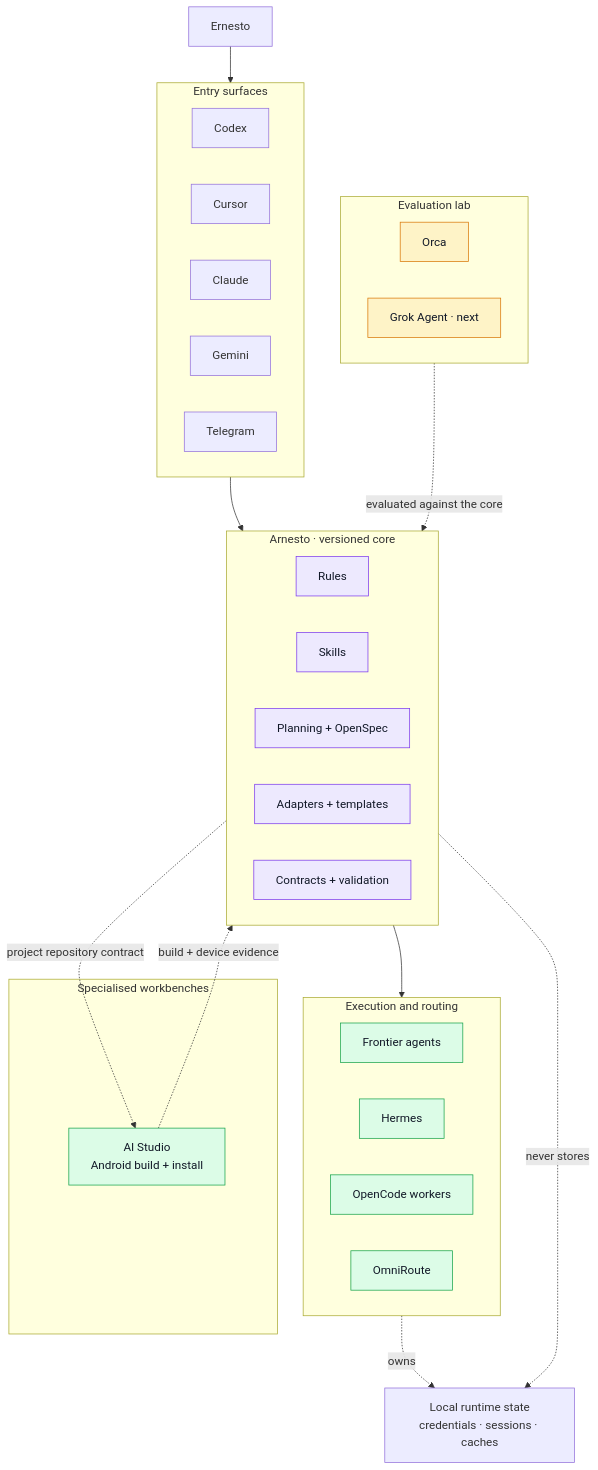
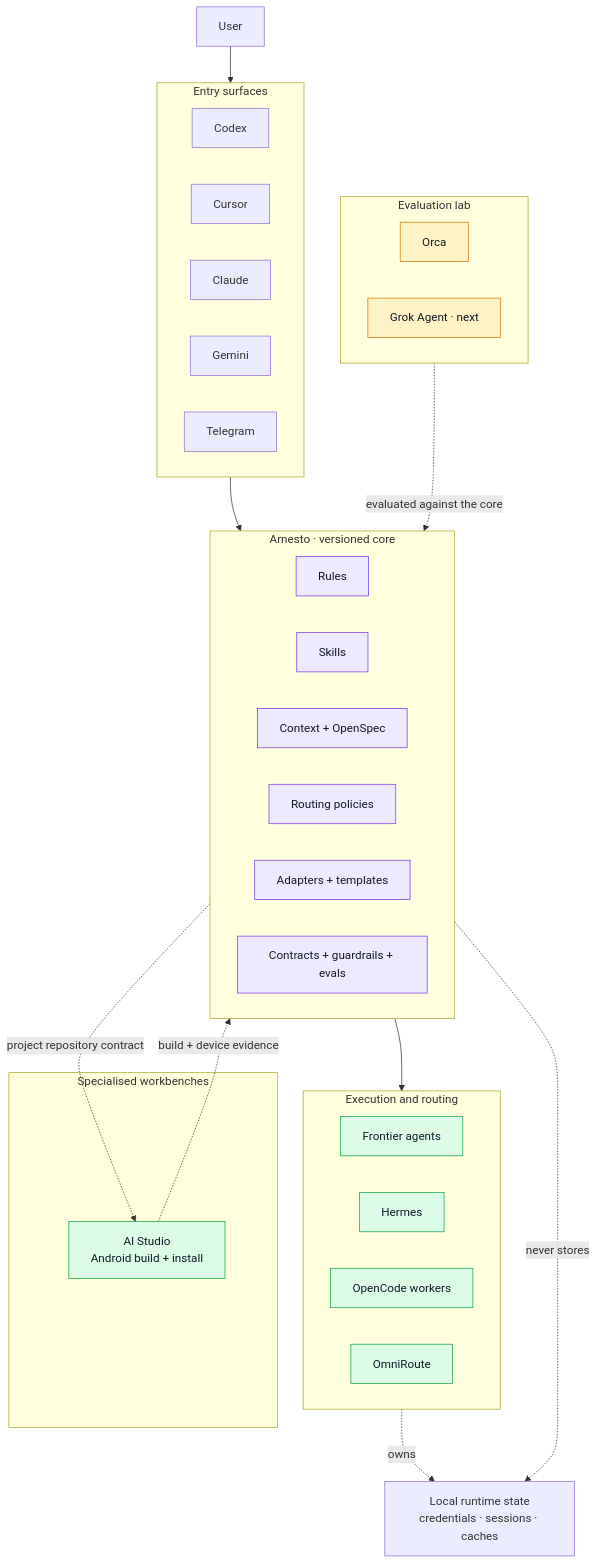
Before and after one commit to saski/arnesto: the second of 2 diagrams in README.md, drawn with Mermaid. The commit also changed other lines of this file and 3 other files, not shown here.

````diff
--- a/README.md
+++ b/README.md
@@ -64,54 +87,55 @@
 ```mermaid
 flowchart TB
-    human["Ernesto"]
+    human["User"]
 
     subgraph surfaces["Entry surfaces"]
         codexApp["Codex"]
         cursor["Cursor"]
         claude["Claude"]
         gemini["Gemini"]
         telegram["Telegram"]
     end
 
     subgraph arnesto["Arnesto · versioned core"]
         rules["Rules"]
         skills["Skills"]
-        planning["Planning + OpenSpec"]
+        planning["Context + OpenSpec"]
+        policies["Routing policies"]
         adapters["Adapters + templates"]
-        checks["Contracts + validation"]
+        checks["Contracts + guardrails + evals"]
     end
 
     subgraph execution["Execution and routing"]
         frontier["Frontier agents"]
         hermes["Hermes"]
         opencode["OpenCode workers"]
         omniroute["OmniRoute"]
     end
 
     subgraph workbenches["Specialised workbenches"]
         aiStudio["AI Studio<br/>Android build + install"]
     end
 
     subgraph experiments["Evaluation lab"]
         orca["Orca"]
         grok["Grok Agent · next"]
     end
 
     local["Local runtime state<br/>credentials · sessions · caches"]
 
     human --> surfaces
     surfaces --> arnesto
     arnesto --> execution
     arnesto -.->|project repository contract| aiStudio
     aiStudio -.->|build + device evidence| arnesto
     experiments -.->|evaluated against the core| arnesto
     execution -.->|owns| local
     arnesto -.->|never stores| local
 
     classDef core fill:#ede9fe,stroke:#7c3aed,color:#111827
     classDef active fill:#dcfce7,stroke:#16a34a,color:#111827
     classDef labStyle fill:#fef3c7,stroke:#d97706,color:#111827
-    class rules,skills,planning,adapters,checks core
+    class rules,skills,planning,policies,adapters,checks core
     class frontier,hermes,opencode,omniroute,aiStudio active
     class orca,grok labStyle
 ```
````
